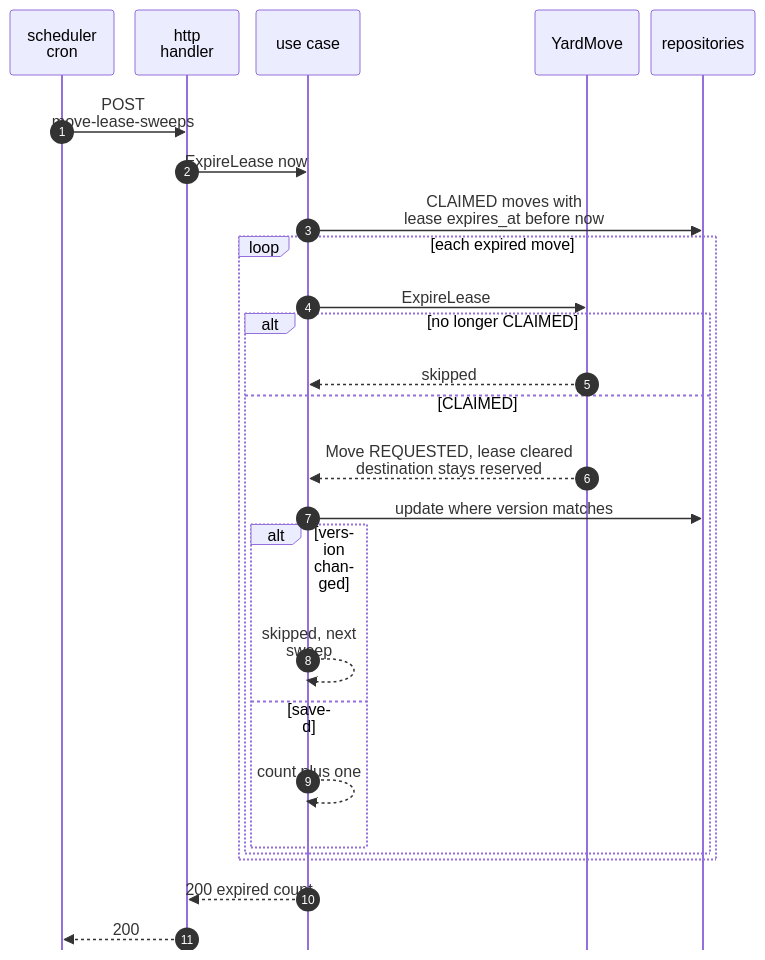
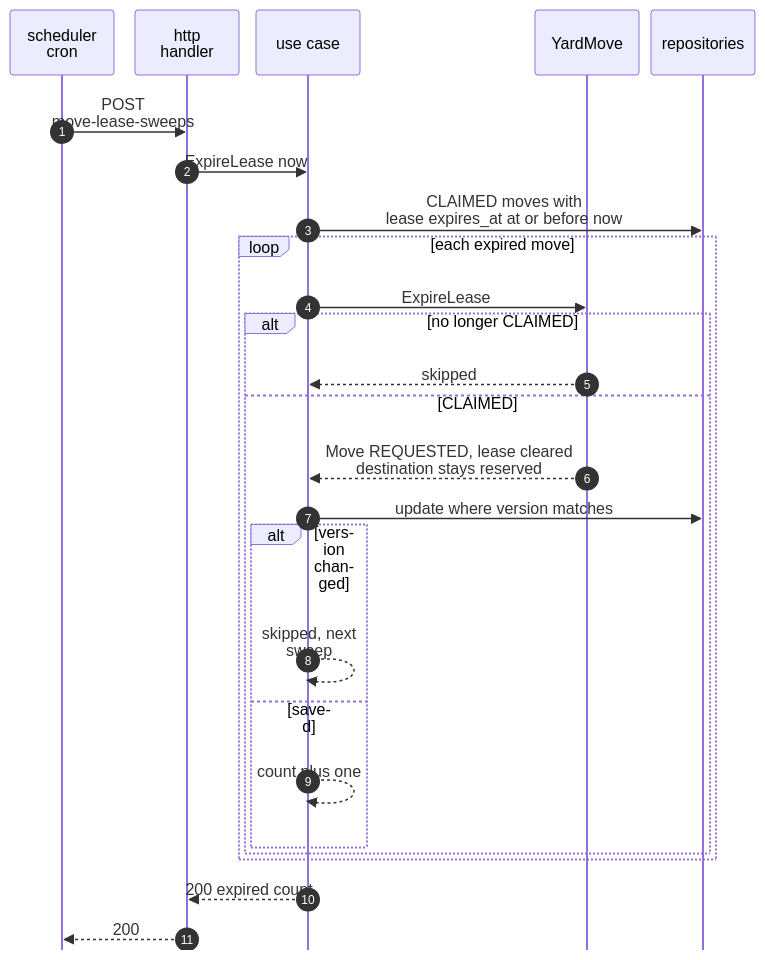
One commit to IQVO/yard-management changed the tenth of 15 diagrams in docs/docs/ddd/sequence-diagrams.md. Above: the diagram before and after it, drawn with Mermaid. The commit also changed other lines of this file and 9 other files, not shown here.

````diff
--- a/docs/docs/ddd/sequence-diagrams.md
+++ b/docs/docs/ddd/sequence-diagrams.md
@@ -480,29 +481,29 @@
 ```mermaid
 %%{init: {"sequence": {"wrap": true, "width": 104, "actorMargin": 12, "messageMargin": 26, "boxMargin": 6, "noteMargin": 6, "mirrorActors": false}}}%%
 sequenceDiagram
     autonumber
     participant CR as scheduler<br/>cron
     participant H as http<br/>handler
     participant U as use case
     participant A as YardMove
     participant R as repositories
     CR->>H: POST move-lease-sweeps
     H->>U: ExpireLease now
-    U->>R: CLAIMED moves with<br/>lease expires_at before now
+    U->>R: CLAIMED moves with<br/>lease expires_at at or before now
     loop each expired move
         U->>A: ExpireLease
         alt no longer CLAIMED
             A-->>U: skipped
         else CLAIMED
             A-->>U: Move REQUESTED, lease cleared<br/>destination stays reserved
             U->>R: update where version matches
             alt version changed
                 U-->>U: skipped, next sweep
             else saved
                 U-->>U: count plus one
             end
         end
     end
     U-->>H: 200 expired count
     H-->>CR: 200
 ```
````
